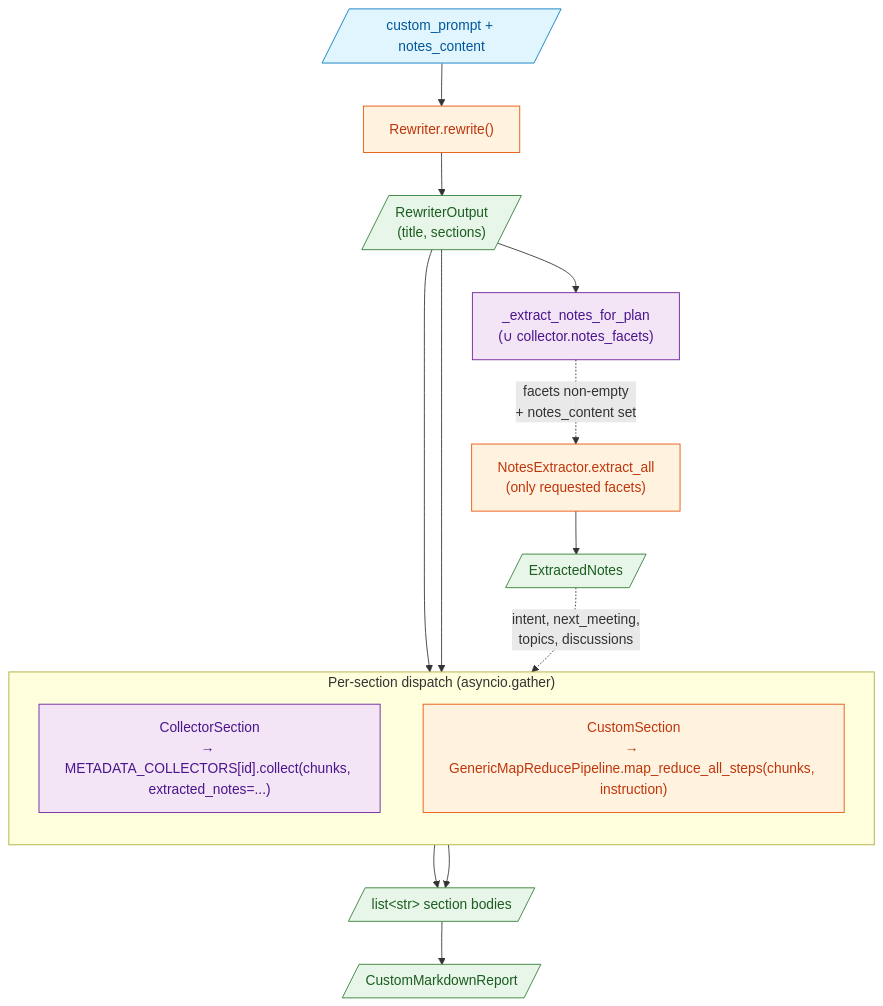
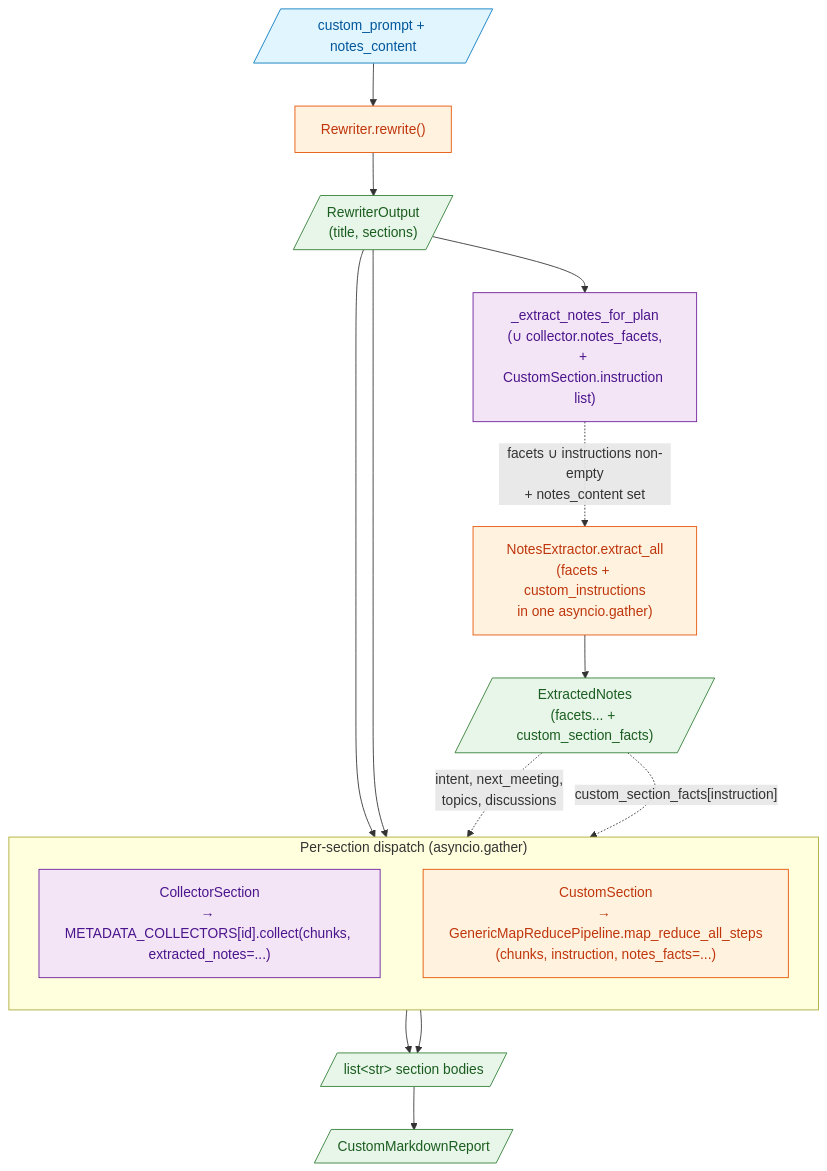
Before and after one commit to IA-Generative/mcr: the second of 2 diagrams in mcr-generation/mcr_generation/docs/generation_pipeline.md, drawn with Mermaid. The commit also changed other lines of this file, not shown here.

Commit message:
:memo: (727): update generation_pipeline.md for US10 custom notes flow
Reflect that the custom report flow now also feeds CustomSections with
extracted notes via `ExtractedNotes.custom_section_facts[instruction]`,
and that `extract_all` parallelises facets and custom instructions in a
single asyncio.gather.

````diff
--- a/mcr-generation/mcr_generation/docs/generation_pipeline.md
+++ b/mcr-generation/mcr_generation/docs/generation_pipeline.md
@@ -132,31 +132,32 @@
 ```mermaid
 flowchart TB
     classDef io fill:#e1f5ff,stroke:#0277bd,color:#01579b
     classDef proc fill:#f3e5f5,stroke:#6a1b9a,color:#4a148c
     classDef llm fill:#fff3e0,stroke:#e65100,color:#bf360c
     classDef out fill:#e8f5e9,stroke:#2e7d32,color:#1b5e20
 
     P[/"custom_prompt + notes_content"/]:::io
     RW["Rewriter.rewrite()"]:::llm
     PLAN[/"RewriterOutput<br/>(title, sections)"/]:::out
-    FACETS["_extract_notes_for_plan<br/>(∪ collector.notes_facets)"]:::proc
-    NX["NotesExtractor.extract_all<br/>(only requested facets)"]:::llm
-    EN[/"ExtractedNotes"/]:::out
+    FACETS["_extract_notes_for_plan<br/>(∪ collector.notes_facets,<br/>+ CustomSection.instruction list)"]:::proc
+    NX["NotesExtractor.extract_all<br/>(facets + custom_instructions<br/>in one asyncio.gather)"]:::llm
+    EN[/"ExtractedNotes<br/>(facets... + custom_section_facts)"/]:::out
 
     P --> RW --> PLAN --> FACETS
-    FACETS -.->|"facets non-empty<br/>+ notes_content set"| NX --> EN
+    FACETS -.->|"facets ∪ instructions non-empty<br/>+ notes_content set"| NX --> EN
 
     subgraph DISPATCH["Per-section dispatch (asyncio.gather)"]
       direction TB
       CS["CollectorSection<br/>→ METADATA_COLLECTORS[id].collect(chunks, extracted_notes=...)"]:::proc
-      US["CustomSection<br/>→ GenericMapReducePipeline.map_reduce_all_steps(chunks, instruction)"]:::llm
+      US["CustomSection<br/>→ GenericMapReducePipeline.map_reduce_all_steps<br/>(chunks, instruction, notes_facts=...)"]:::llm
     end
     PLAN --> CS & US
     EN -.->|"intent, next_meeting,<br/>topics, discussions"| CS
+    EN -.->|"custom_section_facts[instruction]"| US
 
     BODIES[/"list&lt;str&gt; section bodies"/]:::out
     CS --> BODIES
     US --> BODIES
     MD[/"CustomMarkdownReport"/]:::out
     BODIES --> MD
 ```
````
